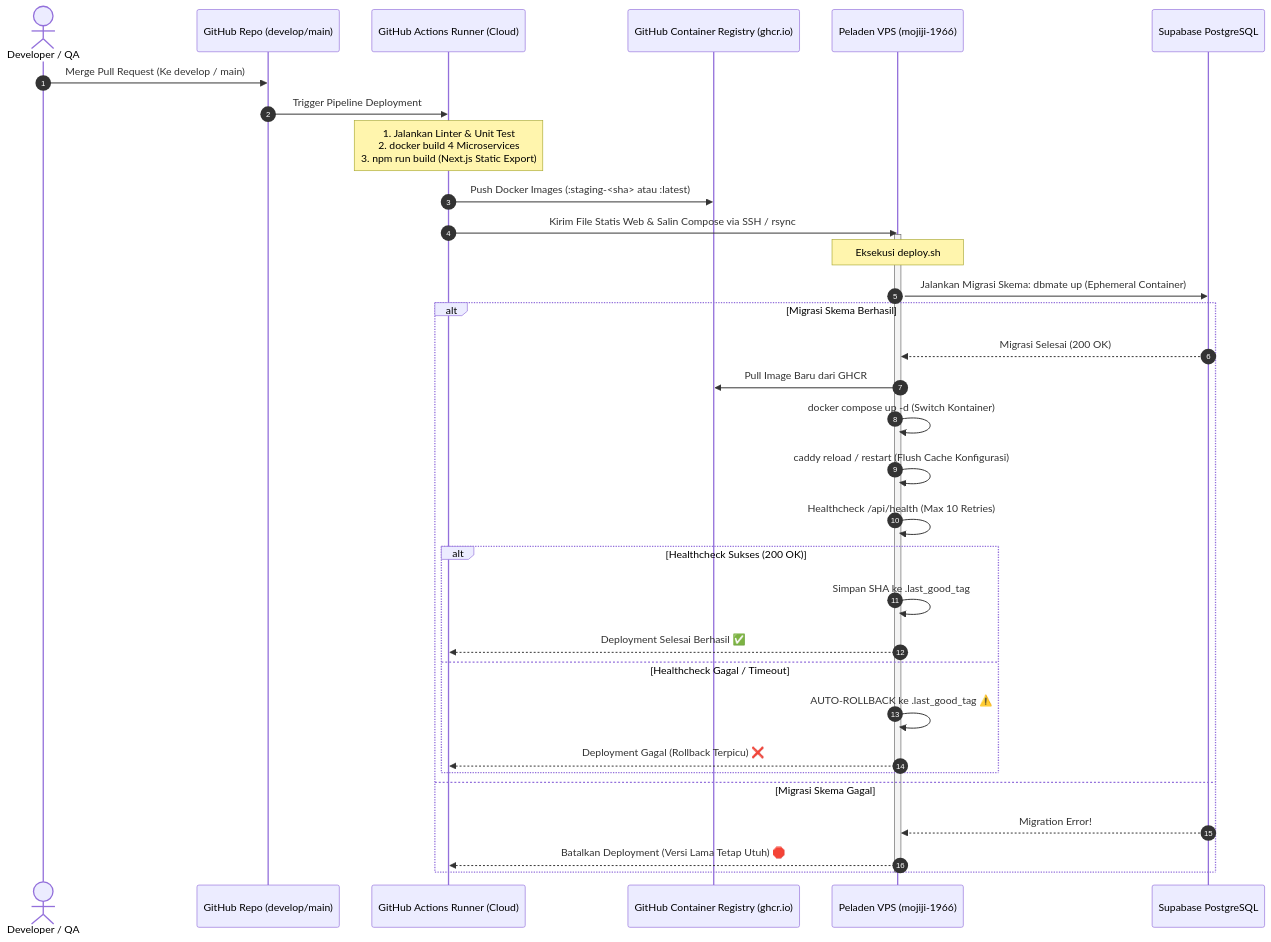
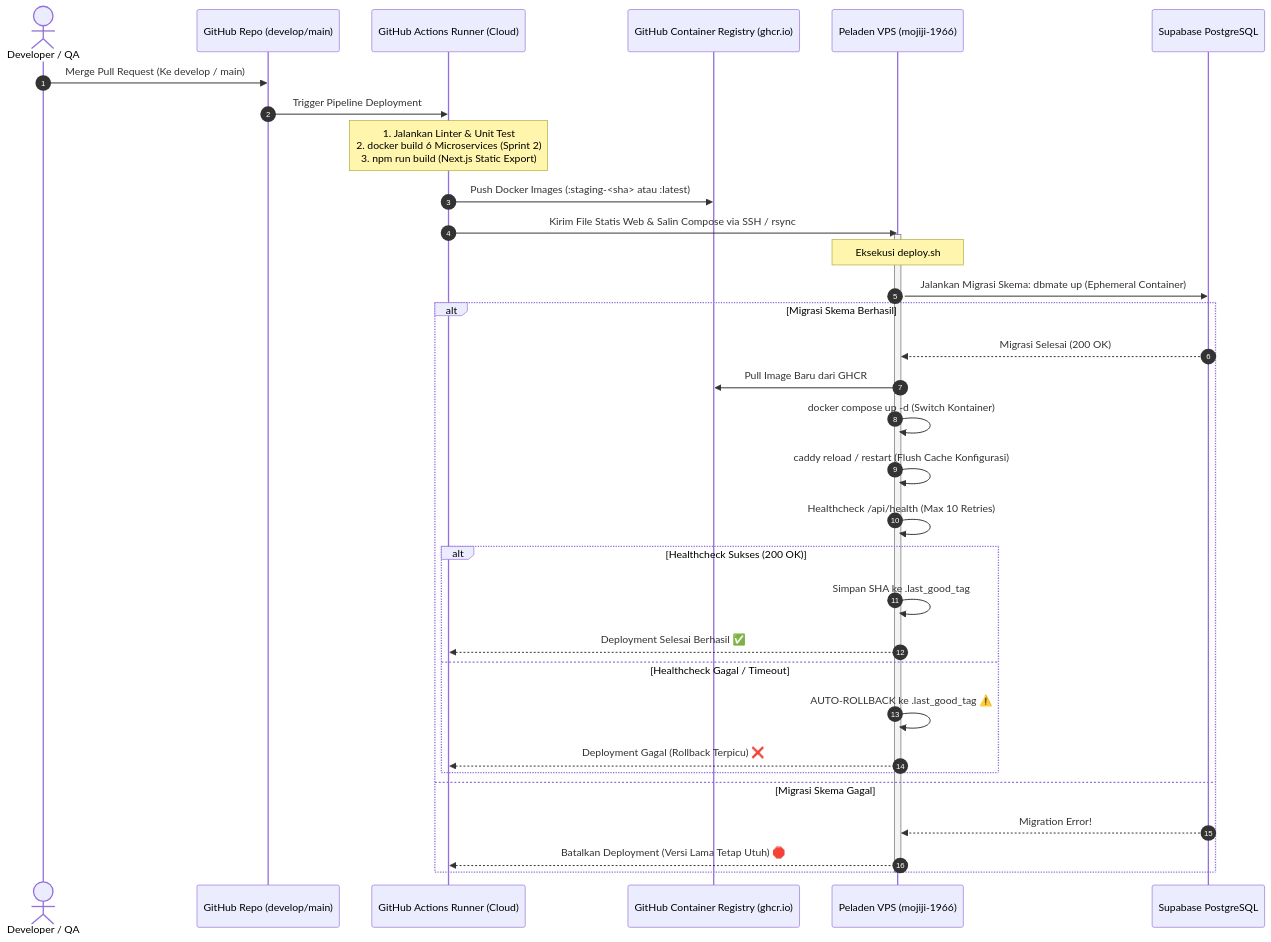
One commit to aji-banyu/mojiji-animelist changed the first of 2 diagrams in docs/deployment/deployment.md. Above: the diagram before and after it, drawn with Mermaid. The commit also changed 7 other files, not shown here.

````diff
--- a/docs/deployment/deployment.md
+++ b/docs/deployment/deployment.md
@@ -52,38 +52,38 @@
 ```mermaid
 sequenceDiagram
     autonumber
     actor Dev as Developer / QA
     participant GH as GitHub Repo (develop/main)
     participant GHA as GitHub Actions Runner (Cloud)
     participant GHCR as GitHub Container Registry (ghcr.io)
     participant VPS as Peladen VPS (mojiji-1966)
     participant DB as Supabase PostgreSQL
 
     Dev->>GH: Merge Pull Request (Ke develop / main)
     GH->>GHA: Trigger Pipeline Deployment
-    Note over GHA: 1. Jalankan Linter & Unit Test<br/>2. docker build 4 Microservices<br/>3. npm run build (Next.js Static Export)
+    Note over GHA: 1. Jalankan Linter & Unit Test<br/>2. docker build 6 Microservices (Sprint 2)<br/>3. npm run build (Next.js Static Export)
     GHA->>GHCR: Push Docker Images (:staging-<sha> atau :latest)
     GHA->>VPS: Kirim File Statis Web & Salin Compose via SSH / rsync
     
     activate VPS
     Note over VPS: Eksekusi deploy.sh
     VPS->>DB: Jalankan Migrasi Skema: dbmate up (Ephemeral Container)
     alt Migrasi Skema Berhasil
         DB-->>VPS: Migrasi Selesai (200 OK)
         VPS->>GHCR: Pull Image Baru dari GHCR
         VPS->>VPS: docker compose up -d (Switch Kontainer)
         VPS->>VPS: caddy reload / restart (Flush Cache Konfigurasi)
         VPS->>VPS: Healthcheck /api/health (Max 10 Retries)
         alt Healthcheck Sukses (200 OK)
             VPS->>VPS: Simpan SHA ke .last_good_tag
             VPS-->>GHA: Deployment Selesai Berhasil ✅
         else Healthcheck Gagal / Timeout
             VPS->>VPS: AUTO-ROLLBACK ke .last_good_tag ⚠️
             VPS-->>GHA: Deployment Gagal (Rollback Terpicu) ❌
         end
     else Migrasi Skema Gagal
         DB-->>VPS: Migration Error!
         VPS-->>GHA: Batalkan Deployment (Versi Lama Tetap Utuh) 🛑
     end
     deactivate VPS
 ```
````
